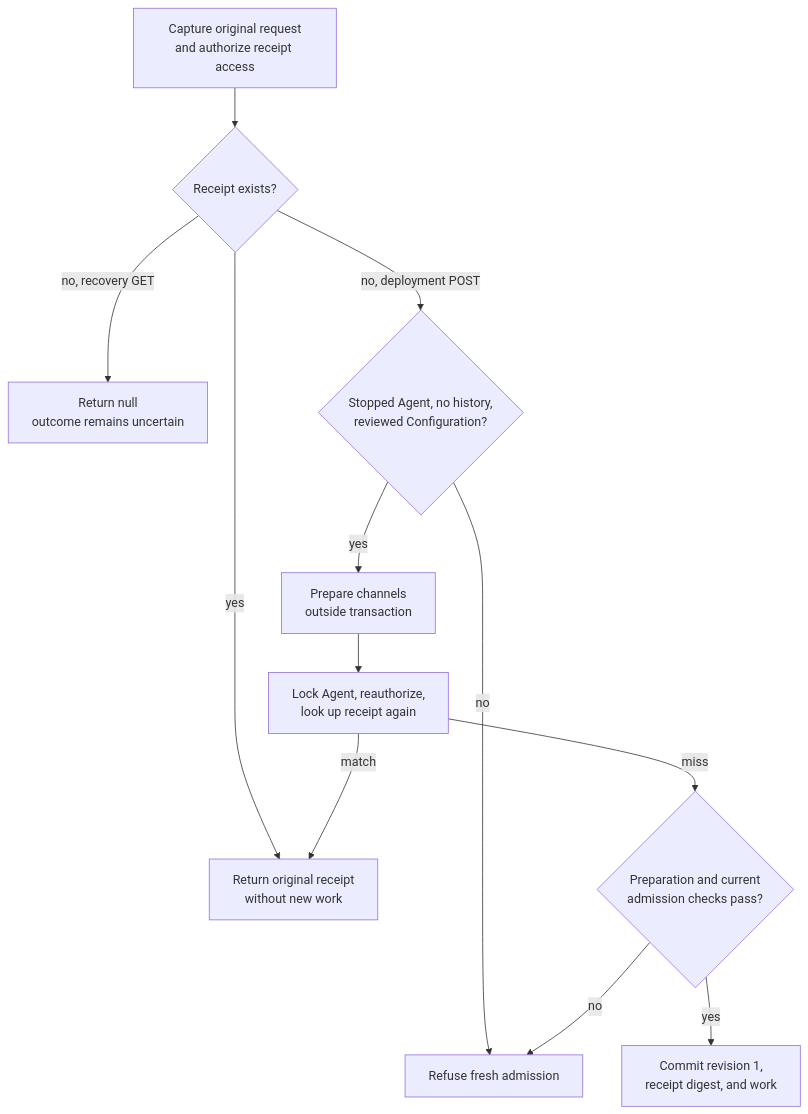
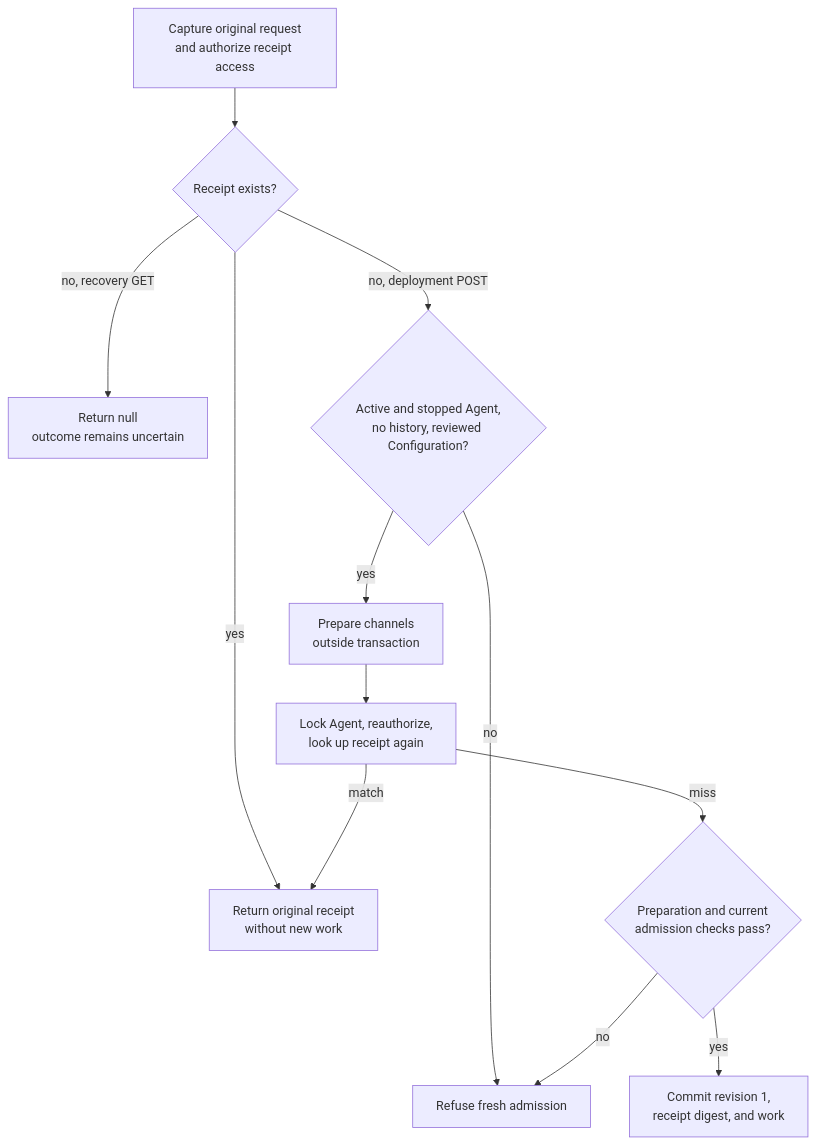
Before and after one commit to openclaw/openclaw-enterprise: the diagram in docs/flows/configuration-driver/persistence-and-revisions.md, drawn with Mermaid. The commit also changed other lines of this file and 13 other files, not shown here.

````diff
--- a/docs/flows/configuration-driver/persistence-and-revisions.md
+++ b/docs/flows/configuration-driver/persistence-and-revisions.md
@@ -212,14 +212,14 @@
 ```mermaid
 graph TD
   A["Capture original request<br/>and authorize receipt access"] --> B{"Receipt exists?"}
   B -->|yes| R["Return original receipt<br/>without new work"]
   B -->|no, recovery GET| N["Return null<br/>outcome remains uncertain"]
-  B -->|no, deployment POST| C{"Stopped Agent, no history,<br/>reviewed Configuration?"}
+  B -->|no, deployment POST| C{"Active and stopped Agent,<br/>no history, reviewed Configuration?"}
   C -->|no| X["Refuse fresh admission"]
   C -->|yes| D["Prepare channels<br/>outside transaction"]
   D --> E["Lock Agent, reauthorize,<br/>look up receipt again"]
   E -->|match| R
   E -->|miss| F{"Preparation and current<br/>admission checks pass?"}
   F -->|no| X
   F -->|yes| G["Commit revision 1,<br/>receipt digest, and work"]
 ```
````
